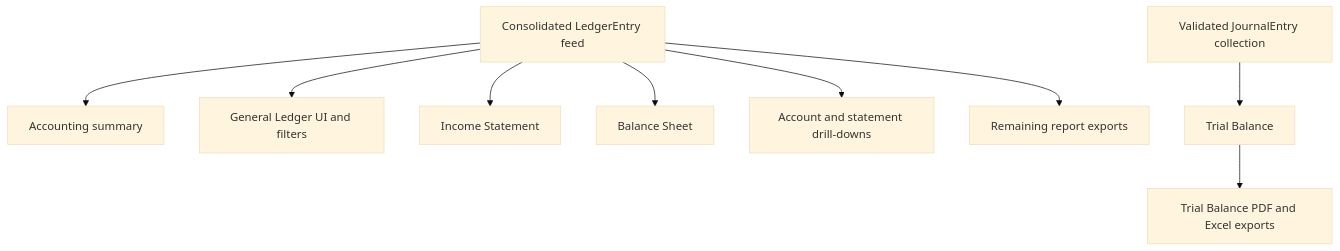
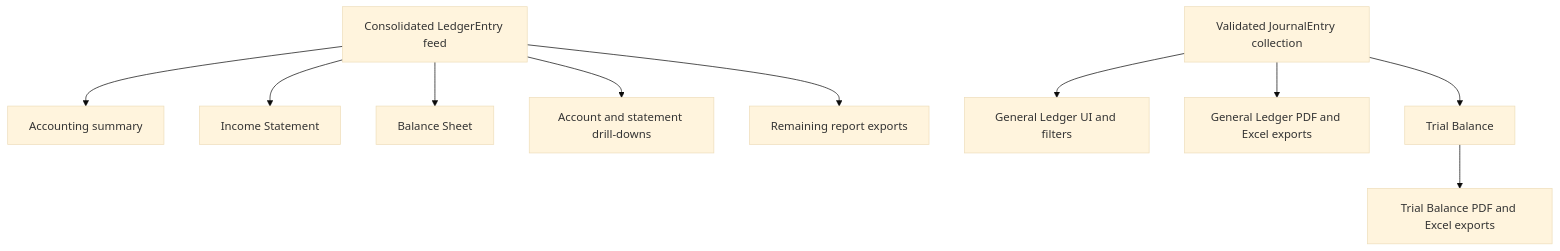
One commit to globe-and-citizen/cnc-portal changed the fifth of 5 diagrams in docs/implementation/accounting-read-model/README.md. Above: the diagram before and after it, drawn with Mermaid (base theme). The commit also changed other lines of this file and 2 other files, not shown here.

Commit message:
docs: 📝 document journal-based General Ledger

````diff
--- a/docs/implementation/accounting-read-model/README.md
+++ b/docs/implementation/accounting-read-model/README.md
@@ -159,11 +161,12 @@
 ```mermaid
 flowchart TB
     entries[Consolidated LedgerEntry feed] --> summary[Accounting summary]
-    entries --> ledgerUI[General Ledger UI and filters]
     entries --> income[Income Statement]
     entries --> balance[Balance Sheet]
     entries --> drilldowns[Account and statement drill-downs]
     entries --> remainingExports[Remaining report exports]
-    journal[Validated JournalEntry collection] --> trial[Trial Balance]
+    journal[Validated JournalEntry collection] --> ledgerUI[General Ledger UI and filters]
+    journal --> ledgerExports[General Ledger PDF and Excel exports]
+    journal --> trial[Trial Balance]
     trial --> trialExports[Trial Balance PDF and Excel exports]
 ```
````
